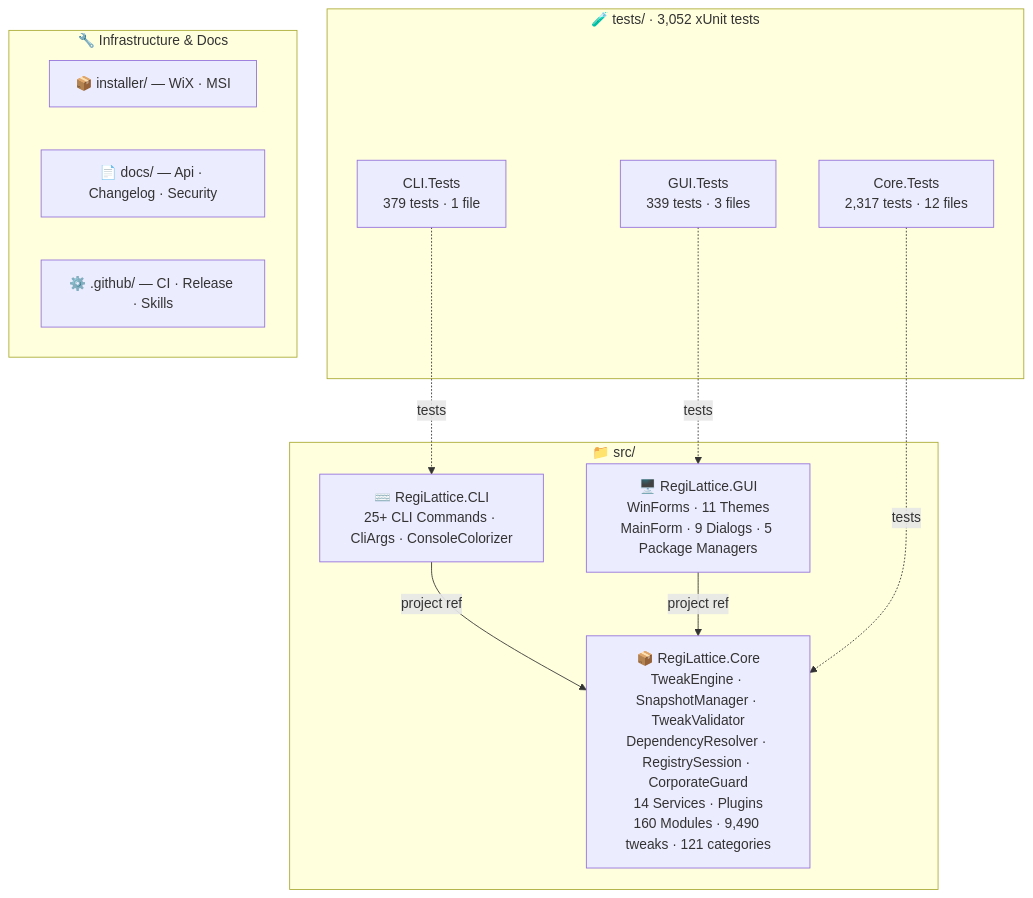
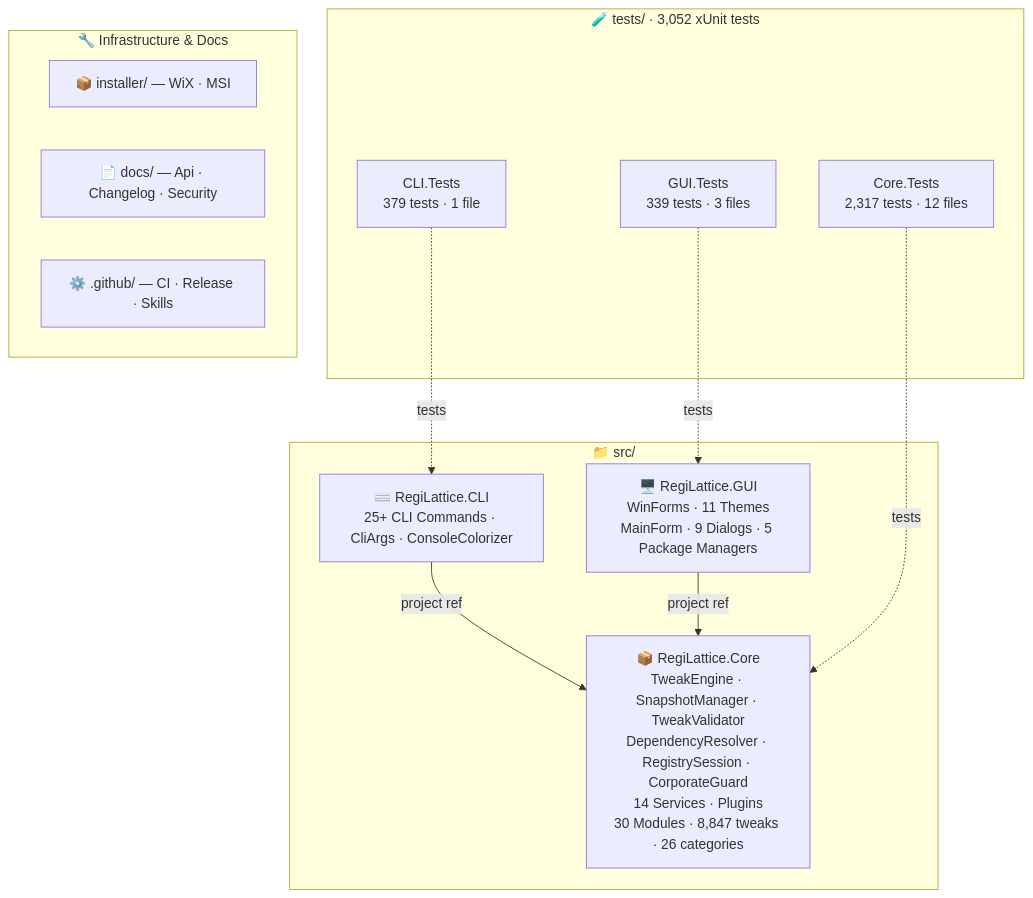
One commit to RajwanYair/RegiLattice changed the second of 2 diagrams in README.md. Above: the diagram before and after it, drawn with Mermaid. The commit also changed other lines of this file and 15 other files, not shown here.

````diff
--- a/README.md
+++ b/README.md
@@ -255,26 +255,26 @@
 ```mermaid
 graph TD
     subgraph SRC["📁 src/"]
-        CORE["📦 RegiLattice.Core<br/>TweakEngine · SnapshotManager · TweakValidator<br/>DependencyResolver · RegistrySession · CorporateGuard<br/>14 Services · Plugins<br/>160 Modules · 9,490 tweaks · 121 categories"]
+        CORE["📦 RegiLattice.Core<br/>TweakEngine · SnapshotManager · TweakValidator<br/>DependencyResolver · RegistrySession · CorporateGuard<br/>14 Services · Plugins<br/>30 Modules · 8,847 tweaks · 26 categories"]
         GUI["🖥️ RegiLattice.GUI<br/>WinForms · 11 Themes<br/>MainForm · 9 Dialogs · 5 Package Managers"]
         CLI["⌨️ RegiLattice.CLI<br/>25+ CLI Commands · CliArgs · ConsoleColorizer"]
     end
 
     subgraph TST["🧪 tests/  ·  3,052 xUnit tests"]
         CT["Core.Tests<br/>2,317 tests · 12 files"]
         CLT["CLI.Tests<br/>379 tests · 1 file"]
         GT["GUI.Tests<br/>339 tests · 3 files"]
     end
 
     subgraph INFRA["🔧 Infrastructure & Docs"]
         INST["📦 installer/ — WiX · MSI"]
         DOCS["📄 docs/ — Api · Changelog · Security"]
         GH["⚙️ .github/ — CI · Release · Skills"]
     end
 
     CLI -->|project ref| CORE
     GUI -->|project ref| CORE
     CT -.->|tests| CORE
     CLT -.->|tests| CLI
     GT -.->|tests| GUI
 ```
````
